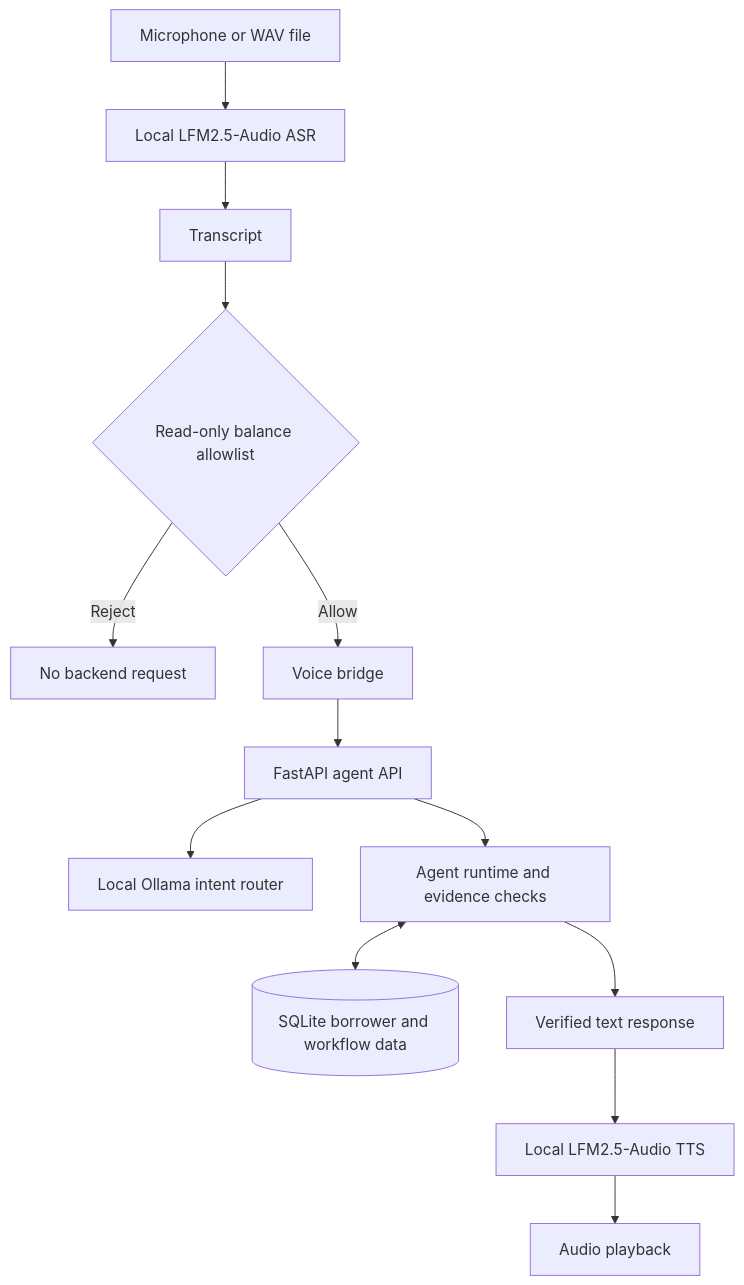
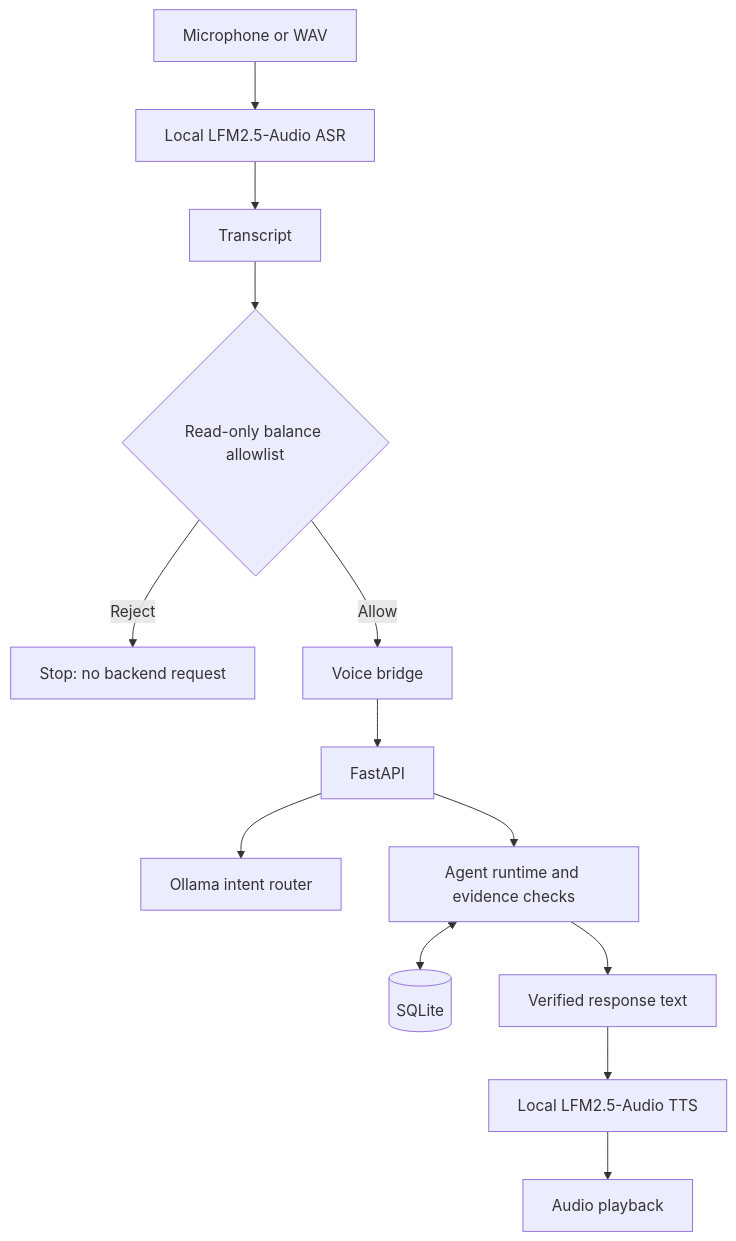
Before and after one commit to SIDDHARTH-PADIGAR/echoresolve: the diagram in README.md, drawn with Mermaid. The commit also changed other lines of this file, not shown here.

Commit message:
docs: correct EchoResolve setup and architecture

````diff
--- a/README.md
+++ b/README.md
@@ -29,15 +25,15 @@
 ```mermaid
 flowchart TD
-    A[Microphone or WAV file] --> B[Local LFM2.5-Audio ASR]
+    A[Microphone or WAV] --> B[Local LFM2.5-Audio ASR]
     B --> C[Transcript]
     C --> D{Read-only balance allowlist}
-    D -- Reject --> E[No backend request]
+    D -- Reject --> E[Stop: no backend request]
     D -- Allow --> F[Voice bridge]
-    F --> G[FastAPI agent API]
-    G --> H[Local Ollama intent router]
+    F --> G[FastAPI]
+    G --> H[Ollama intent router]
     G --> I[Agent runtime and evidence checks]
-    I <--> J[(SQLite borrower and workflow data)]
-    I --> K[Verified text response]
+    I <--> J[(SQLite)]
+    I --> K[Verified response text]
     K --> L[Local LFM2.5-Audio TTS]
     L --> M[Audio playback]
 ```
````
